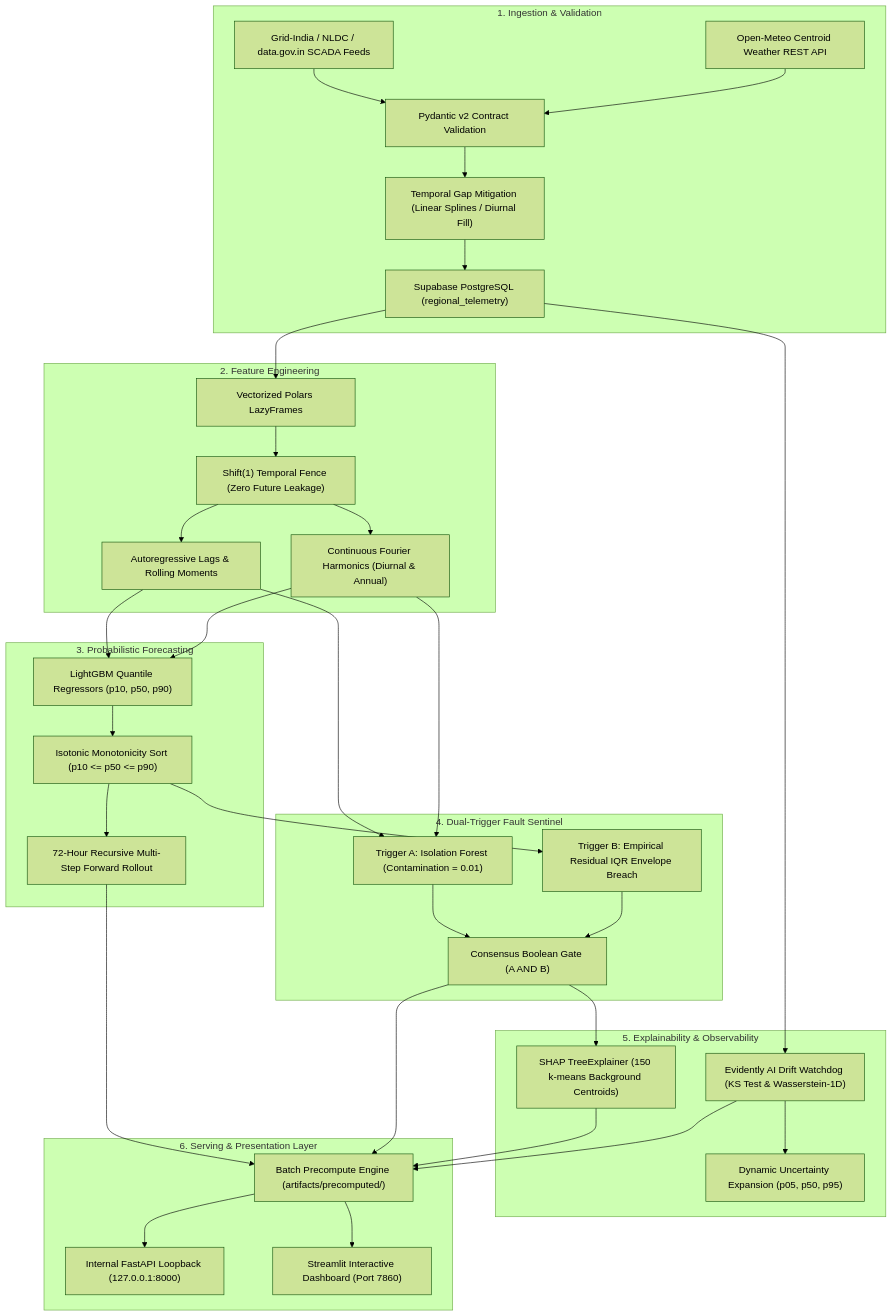
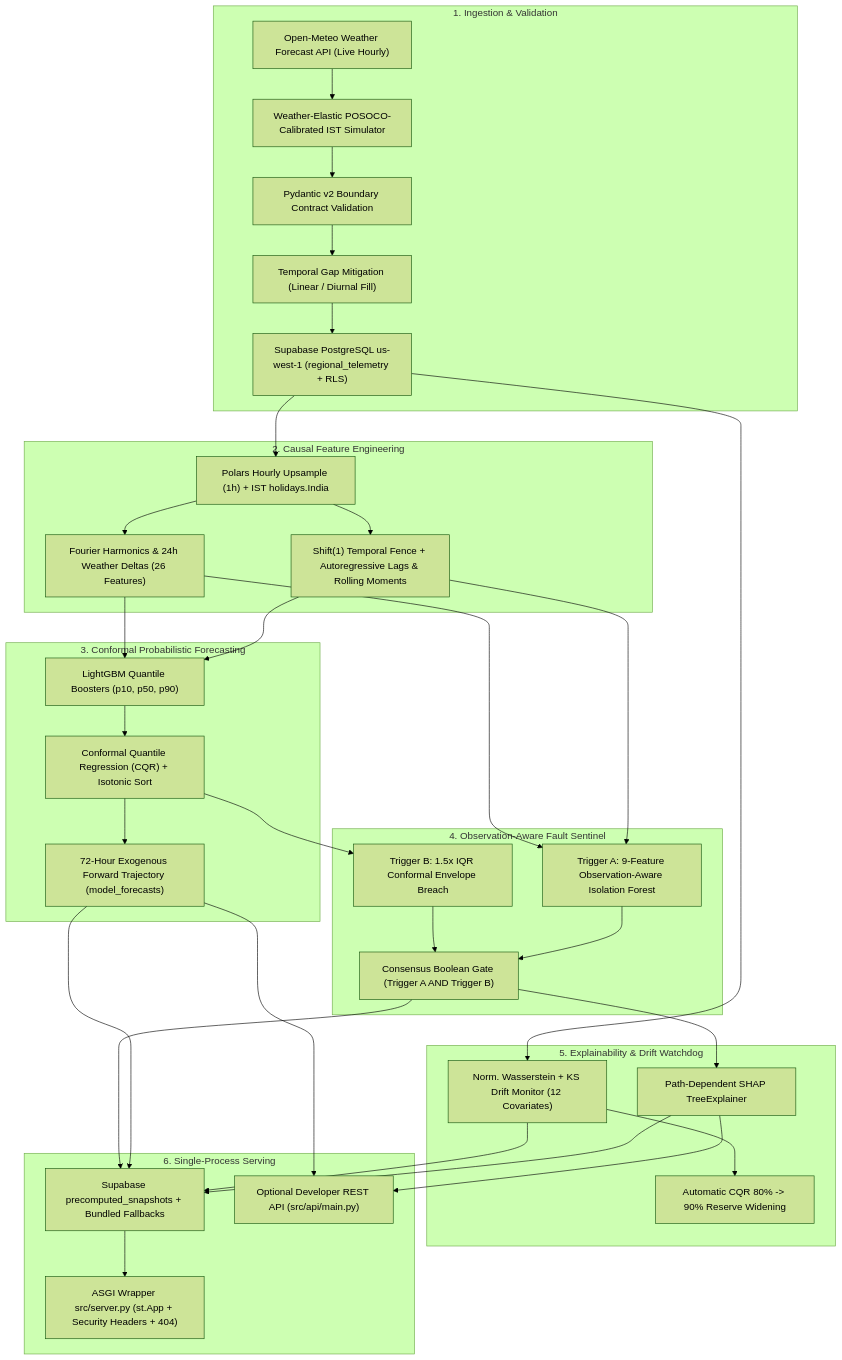
The diagram in README.md (mahesh-kakde/grid-telemetry-engine), drawn with Mermaid (forest theme) before and after one commit. The commit also changed other lines of this file and 34 other files, not shown here.

Commit message:
remediate v2.0.0 cqr forecasting, observation-aware sentinel, asgi security, and ui snapshot sync

````diff
--- a/README.md
+++ b/README.md
@@ -11,40 +13,39 @@
 ```mermaid
 flowchart TD
     subgraph S1["1. Ingestion & Validation"]
-        A1["Grid-India / NLDC / data.gov.in SCADA Feeds"] --> B1["Pydantic v2 Contract Validation"]
-        A2["Open-Meteo Centroid Weather REST API"] --> B1
-        B1 --> C1["Temporal Gap Mitigation (Linear Splines / Diurnal Fill)"]
-        C1 --> D1["Supabase PostgreSQL (regional_telemetry)"]
+        A1["Open-Meteo Weather Forecast API (Live Hourly)"] --> B1["Weather-Elastic POSOCO-Calibrated IST Simulator"]
+        B1 --> C1["Pydantic v2 Boundary Contract Validation"]
+        C1 --> D1["Temporal Gap Mitigation (Linear / Diurnal Fill)"]
+        D1 --> E1["Supabase PostgreSQL us-west-1 (regional_telemetry + RLS)"]
     end
 
-    subgraph S2["2. Feature Engineering"]
-        D1 --> E1["Vectorized Polars LazyFrames"]
-        E1 --> F1["Shift(1) Temporal Fence (Zero Future Leakage)"]
-        F1 --> G1["Autoregressive Lags & Rolling Moments"]
-        F1 --> G2["Continuous Fourier Harmonics (Diurnal & Annual)"]
+    subgraph S2["2. Causal Feature Engineering"]
+        E1 --> F1["Polars Hourly Upsample (1h) + IST holidays.India"]
+        F1 --> G1["Shift(1) Temporal Fence + Autoregressive Lags & Rolling Moments"]
+        F1 --> G2["Fourier Harmonics & 24h Weather Deltas (26 Features)"]
     end
 
-    subgraph S3["3. Probabilistic Forecasting"]
-        G1 & G2 --> H1["LightGBM Quantile Regressors (p10, p50, p90)"]
-        H1 --> H2["Isotonic Monotonicity Sort (p10 <= p50 <= p90)"]
-        H2 --> H3["72-Hour Recursive Multi-Step Forward Rollout"]
+    subgraph S3["3. Conformal Probabilistic Forecasting"]
+        G1 & G2 --> H1["LightGBM Quantile Boosters (p10, p50, p90)"]
+        H1 --> H2["Conformal Quantile Regression (CQR) + Isotonic Sort"]
+        H2 --> H3["72-Hour Exogenous Forward Trajectory (model_forecasts)"]
     end
 
-    subgraph S4["4. Dual-Trigger Fault Sentinel"]
-        G1 & G2 --> I1["Trigger A: Isolation Forest (Contamination = 0.01)"]
-        H2 --> I2["Trigger B: Empirical Residual IQR Envelope Breach"]
-        I1 & I2 --> I3["Consensus Boolean Gate (A AND B)"]
+    subgraph S4["4. Observation-Aware Fault Sentinel"]
+        G1 & G2 --> I1["Trigger A: 9-Feature Observation-Aware Isolation Forest"]
+        H2 --> I2["Trigger B: 1.5x IQR Conformal Envelope Breach"]
+        I1 & I2 --> I3["Consensus Boolean Gate (Trigger A AND Trigger B)"]
     end
 
-    subgraph S5["5. Explainability & Observability"]
-        I3 --> J1["SHAP TreeExplainer (150 k-means Background Centroids)"]
-        D1 --> J2["Evidently AI Drift Watchdog (KS Test & Wasserstein-1D)"]
-        J2 --> J3["Dynamic Uncertainty Expansion (p05, p50, p95)"]
+    subgraph S5["5. Explainability & Drift Watchdog"]
+        I3 --> J1["Path-Dependent SHAP TreeExplainer"]
+        E1 --> J2["Norm. Wasserstein + KS Drift Monitor (12 Covariates)"]
+        J2 --> J3["Automatic CQR 80% -> 90% Reserve Widening"]
     end
 
-    subgraph S6["6. Serving & Presentation Layer"]
-        H3 & I3 & J1 & J2 --> K1["Batch Precompute Engine (artifacts/precomputed/)"]
-        K1 --> L1["Internal FastAPI Loopback (127.0.0.1:8000)"]
-        K1 --> L2["Streamlit Interactive Dashboard (Port 7860)"]
+    subgraph S6["6. Single-Process Serving"]
+        H3 & I3 & J1 & J2 --> K1["Supabase precomputed_snapshots + Bundled Fallbacks"]
+        K1 --> L1["ASGI Wrapper src/server.py (st.App + Security Headers + 404)"]
+        H3 & J1 --> L2["Optional Developer REST API (src/api/main.py)"]
     end
 ```
````
